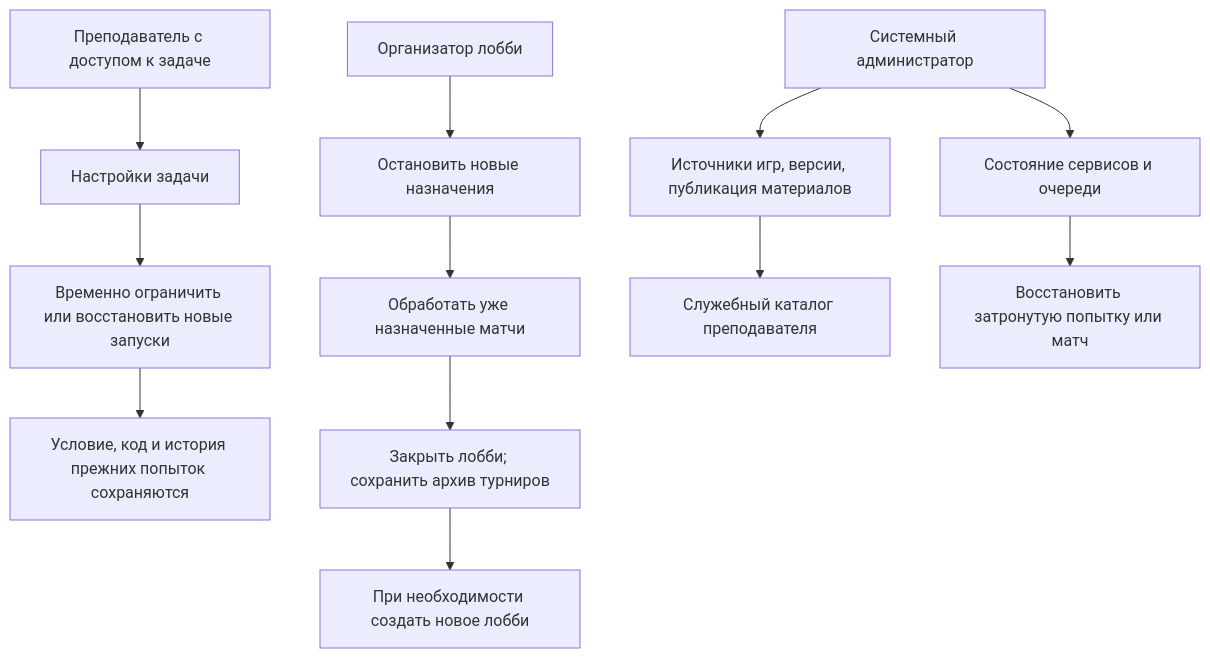
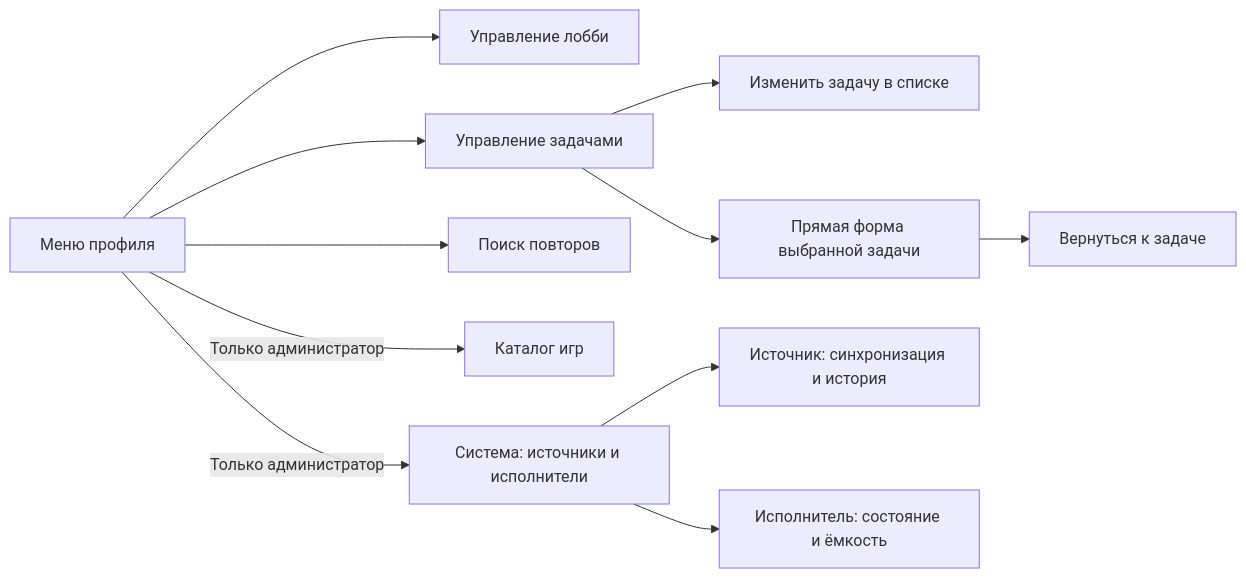
The fifth of 5 diagrams in docs/UX_GRAPH_V2.md (roctbb/ai-game-engine), drawn with Mermaid before and after one commit. The commit also changed other lines of this file and 40 other files, not shown here.

````diff
--- a/docs/UX_GRAPH_V2.md
+++ b/docs/UX_GRAPH_V2.md
@@ -442,14 +184,13 @@
 ```mermaid
-flowchart TD
-    TEACHER["Преподаватель с доступом к задаче"] --> TASK["Настройки задачи"]
-    TASK --> ENABLE["Временно ограничить или восстановить новые запуски"]
-    ENABLE --> HISTORY["Условие, код и история прежних попыток сохраняются"]
-    ORGANIZER["Организатор лобби"] --> STOP["Остановить новые назначения"]
-    STOP --> ACTIVE["Обработать уже назначенные матчи"]
-    ACTIVE --> CLOSED["Закрыть лобби; сохранить архив турниров"]
-    CLOSED --> REPEAT["При необходимости создать новое лобби"]
-    ADMIN["Системный администратор"] --> MATERIALS["Источники игр, версии, публикация материалов"]
-    MATERIALS --> CATALOG["Служебный каталог преподавателя"]
-    ADMIN --> HEALTH["Состояние сервисов и очереди"]
-    HEALTH --> RECOVER["Восстановить затронутую попытку или матч"]
+flowchart LR
+    PROFILE["Меню профиля"] --> MANAGE["Управление лобби"]
+    PROFILE --> CATALOG["Управление задачами"]
+    PROFILE --> REPLAYS["Поиск повторов"]
+    PROFILE -->|Только администратор| GAMES["Каталог игр"]
+    PROFILE -->|Только администратор| SYSTEM["Система: источники и исполнители"]
+    CATALOG --> EDIT["Изменить задачу в списке"]
+    CATALOG --> FOCUSED["Прямая форма выбранной задачи"]
+    FOCUSED --> TASK["Вернуться к задаче"]
+    SYSTEM --> SOURCE["Источник: синхронизация и история"]
+    SYSTEM --> WORKER["Исполнитель: состояние и ёмкость"]
 ```
````
